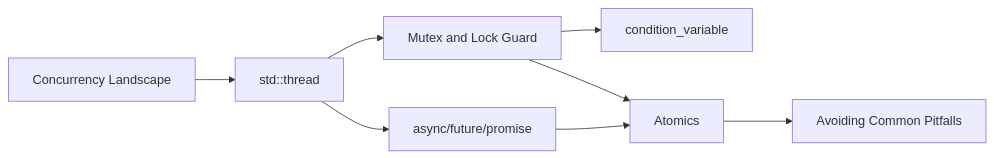
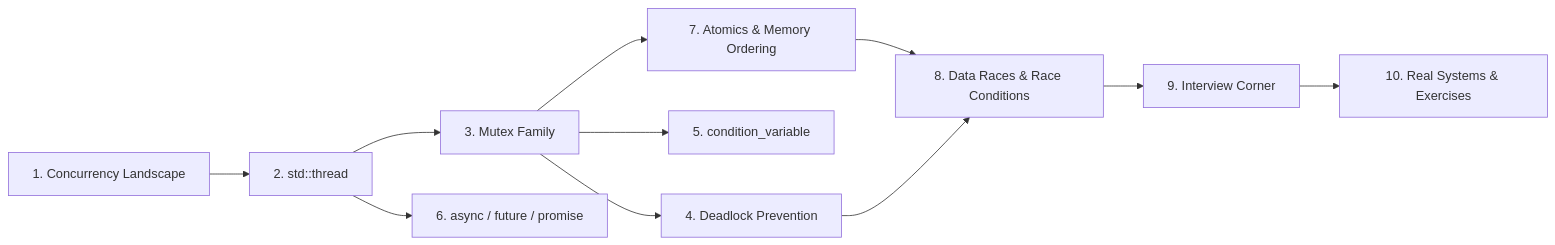
The diagram in docs/courses/oop-cpp/15-concurrency.md (Raushan666java/ai-engineering-journey), drawn with Mermaid before and after one commit. The commit also changed other lines of this file and 15 other files, not shown here.

````diff
--- a/docs/courses/oop-cpp/15-concurrency.md
+++ b/docs/courses/oop-cpp/15-concurrency.md
@@ -28,10 +32,13 @@
 ```mermaid
 flowchart LR
-    A[Concurrency Landscape] --> B[std::thread]
-    B --> C[Mutex and Lock Guard]
-    C --> D[condition_variable]
-    B --> E[async/future/promise]
-    C --> F[Atomics]
-    E --> F
-    F --> G[Avoiding Common Pitfalls]
+    A["1. Concurrency Landscape"] --> B["2. std::thread"]
+    B --> C["3. Mutex Family"]
+    C --> D["4. Deadlock Prevention"]
+    C --> E["5. condition_variable"]
+    B --> F["6. async / future / promise"]
+    C --> G["7. Atomics & Memory Ordering"]
+    G --> H["8. Data Races & Race Conditions"]
+    D --> H
+    H --> I["9. Interview Corner"]
+    I --> J["10. Real Systems & Exercises"]
 ```
````
